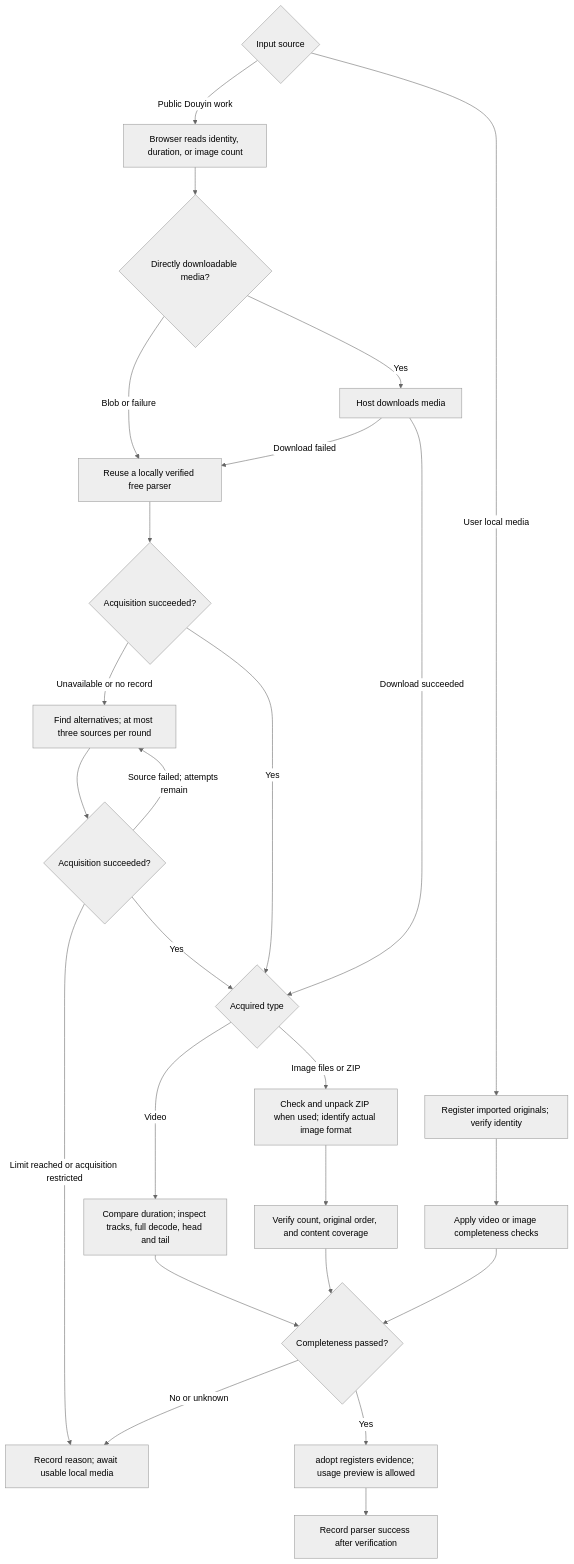
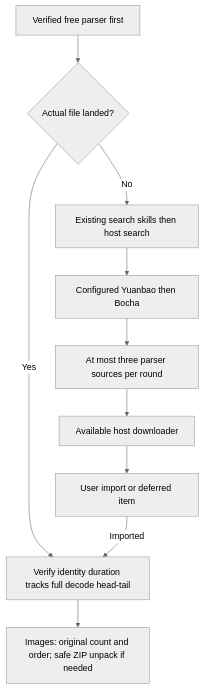
One commit to HNNUYUXUAN/douyin-agent changed the third of 5 diagrams in README.en.md. Above: the diagram before and after it, drawn with Mermaid (neutral theme). The commit also changed other lines of this file and 61 other files, not shown here.

````diff
--- a/README.en.md
+++ b/README.en.md
@@ -122,27 +59,12 @@
 ```mermaid
 flowchart TD
-  A{"Input source"} -->|User local media| B["Register imported originals; verify identity"]
-  A -->|Public Douyin work| C["Browser reads identity, duration, or image count"]
-  C --> D{"Directly downloadable media?"}
-  D -->|Yes| E["Host downloads media"]
-  D -->|Blob or failure| F["Reuse a locally verified free parser"]
-  F --> G{"Acquisition succeeded?"}
-  G -->|Unavailable or no record| H["Find alternatives; at most three sources per round"]
-  H --> I{"Acquisition succeeded?"}
-  I -->|Source failed; attempts remain| H
-  I -->|Limit reached or acquisition restricted| J["Record reason; await usable local media"]
-  I -->|Yes| K{"Acquired type"}
-  G -->|Yes| K
-  E -->|Download succeeded| K
-  E -->|Download failed| F
-  K -->|Video| L["Compare duration; inspect tracks, full decode, head and tail"]
-  K -->|Image files or ZIP| M["Check and unpack ZIP when used; identify actual image format"]
-  M --> N["Verify count, original order, and content coverage"]
-  B --> O["Apply video or image completeness checks"]
-  L --> P{"Completeness passed?"}
-  N --> P
-  O --> P
-  P -->|Yes| Q["adopt registers evidence; usage preview is allowed"]
-  Q --> R["Record parser success after verification"]
-  P -->|No or unknown| J
+A[Verified free parser first] --> B{Actual file landed?}
+B -->|No| C[Existing search skills then host search]
+C --> D[Configured Yuanbao then Bocha]
+D --> E[At most three parser sources per round]
+E --> F[Available host downloader]
+F --> G[User import or deferred item]
+B -->|Yes| H[Verify identity duration tracks full decode head-tail]
+G -->|Imported| H
+H --> I[Images: original count and order; safe ZIP unpack if needed]
 ```
````
